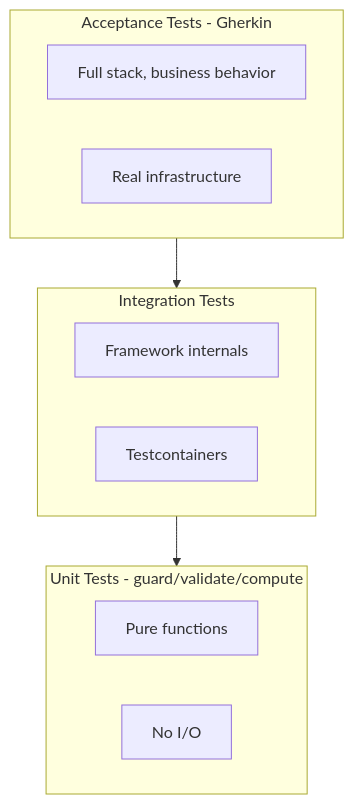
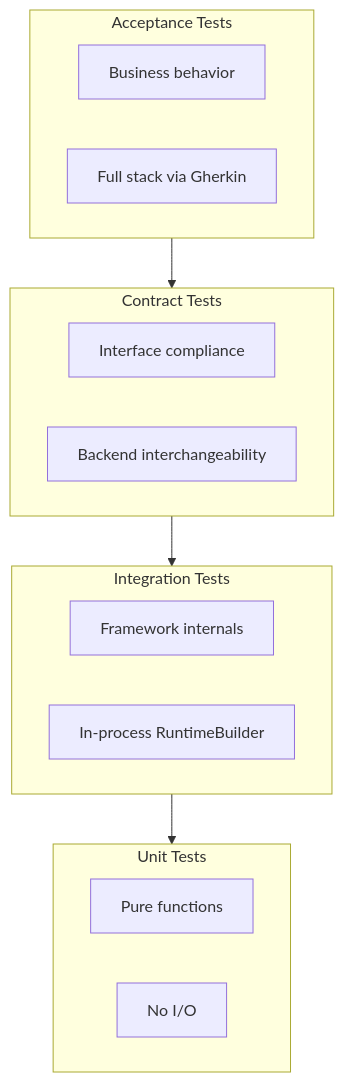
Before and after one commit to benjaminabbitt/angzarr: the second of 2 diagrams in docs/docs/operations/testing.mdx, drawn with Mermaid. The commit also changed other lines of this file and 75 other files, not shown here.

````diff
--- a/docs/docs/operations/testing.mdx
+++ b/docs/docs/operations/testing.mdx
@@ -16,17 +35,21 @@
 ```mermaid
 flowchart TB
-    subgraph Acceptance[Acceptance Tests - Gherkin]
-        A1[Full stack, business behavior]
-        A2[Real infrastructure]
+    subgraph Acceptance["Acceptance Tests"]
+        A1[Business behavior]
+        A2[Full stack via Gherkin]
     end
-    subgraph Integration[Integration Tests]
+    subgraph Contract["Contract Tests"]
+        C1[Interface compliance]
+        C2[Backend interchangeability]
+    end
+    subgraph Integration["Integration Tests"]
         I1[Framework internals]
-        I2[Testcontainers]
+        I2[In-process RuntimeBuilder]
     end
-    subgraph Unit[Unit Tests - guard/validate/compute]
+    subgraph Unit["Unit Tests"]
         U1[Pure functions]
         U2[No I/O]
     end
 
-    Acceptance --> Integration --> Unit
+    Acceptance --> Contract --> Integration --> Unit
 ```
````
